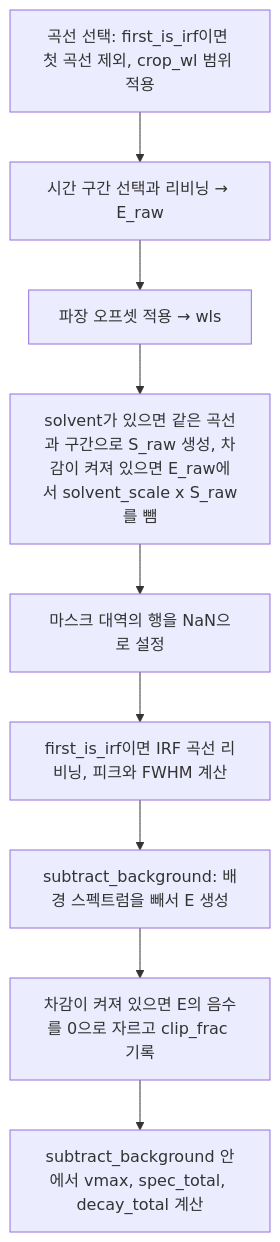
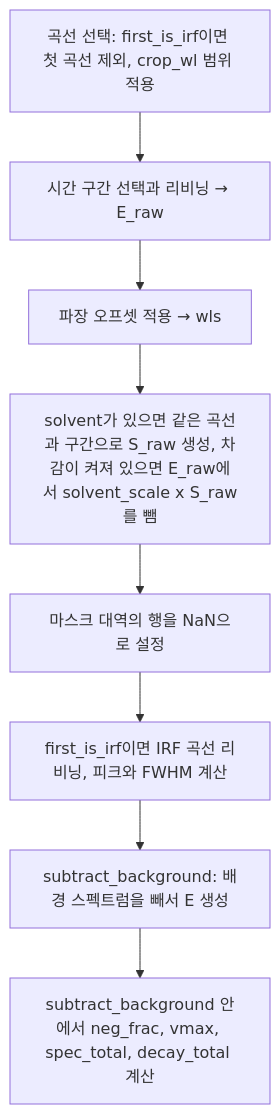
One commit to Myungsam/tres_analyzer changed the fourth of 9 diagrams in ARCHITECTURE.md. Above: the diagram before and after it, drawn with Mermaid. The commit also changed other lines of this file and 3 other files, not shown here.

````diff
--- a/ARCHITECTURE.md
+++ b/ARCHITECTURE.md
@@ -263,11 +263,10 @@
 ```mermaid
 flowchart TD
     A["곡선 선택: first_is_irf이면 첫 곡선 제외, crop_wl 범위 적용"] --> B["시간 구간 선택과 리비닝 → E_raw"]
     B --> C["파장 오프셋 적용 → wls"]
     C --> S["solvent가 있으면 같은 곡선과 구간으로 S_raw 생성, 차감이 켜져 있으면 E_raw에서 solvent_scale x S_raw를 뺌"]
     S --> D["마스크 대역의 행을 NaN으로 설정"]
     D --> E["first_is_irf이면 IRF 곡선 리비닝, 피크와 FWHM 계산"]
     E --> F["subtract_background: 배경 스펙트럼을 빼서 E 생성"]
-    F --> H["차감이 켜져 있으면 E의 음수를 0으로 자르고 clip_frac 기록"]
-    H --> G["subtract_background 안에서 vmax, spec_total, decay_total 계산"]
+    F --> G["subtract_background 안에서 neg_frac, vmax, spec_total, decay_total 계산"]
 ```
````
